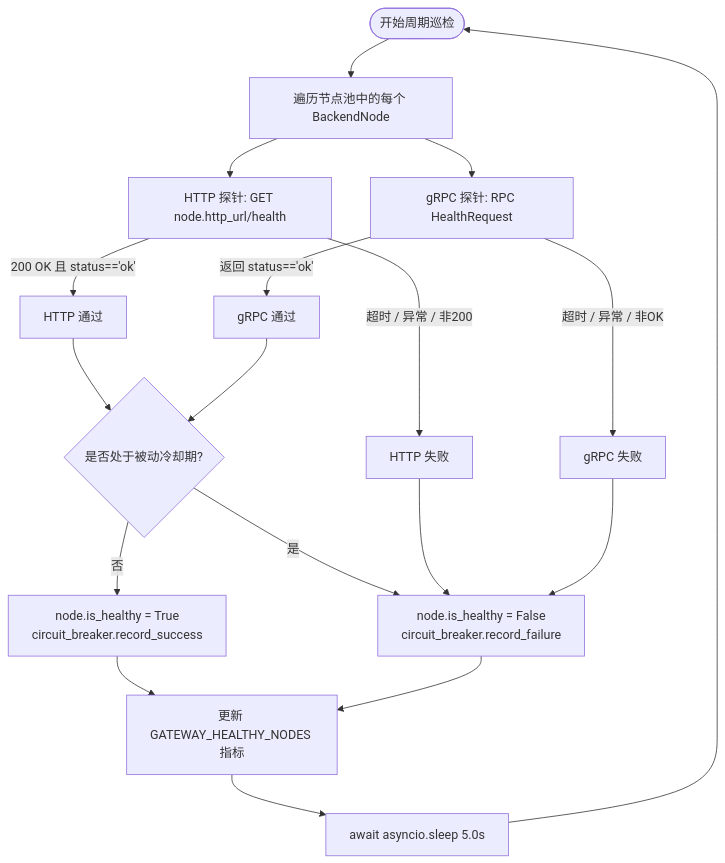
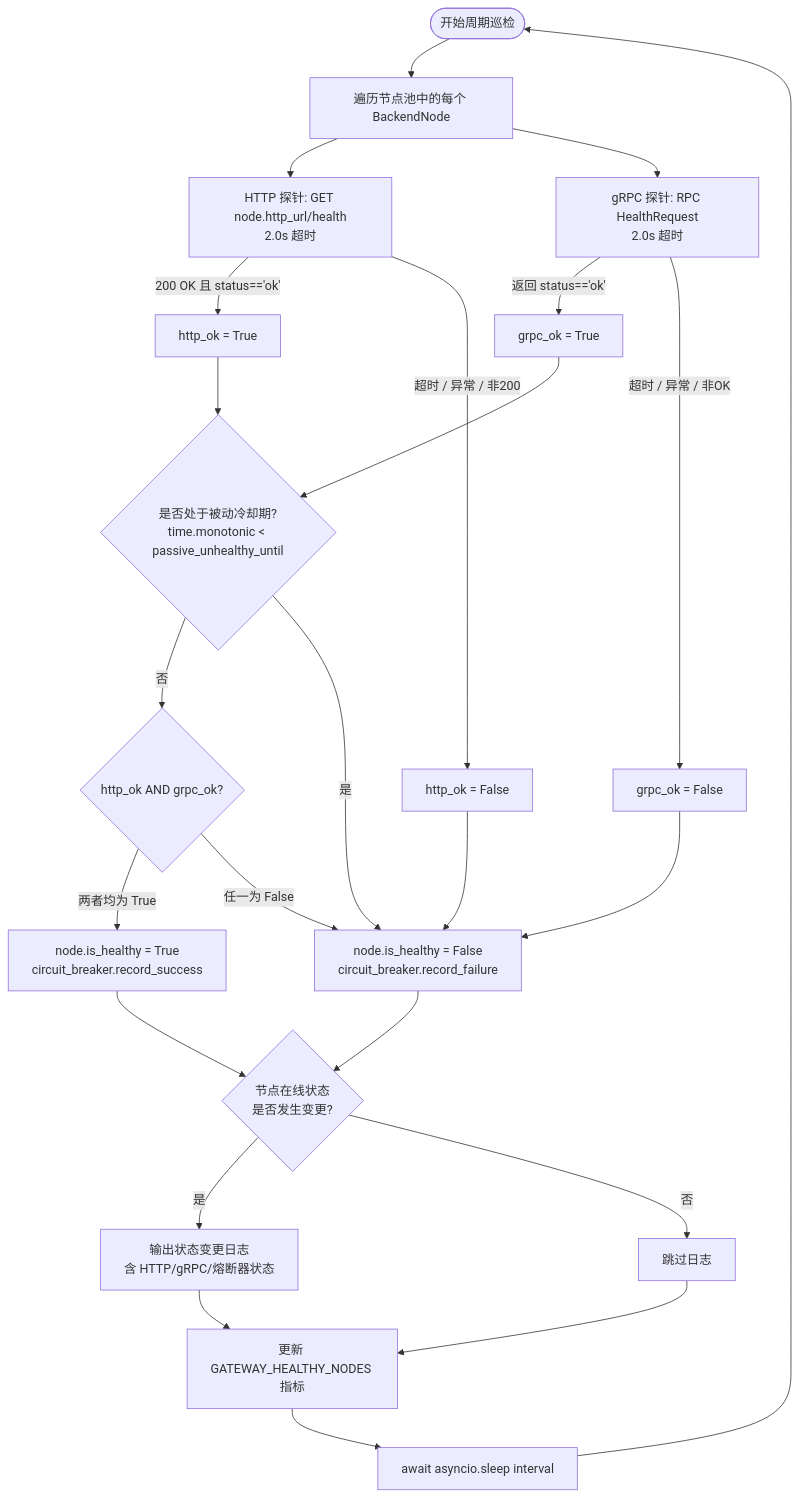
One commit to fengzhizi319/PrivShield changed the ninth of 18 diagrams in docs/gateway_balancer/design.md. Above: the diagram before and after it, drawn with Mermaid. The commit also changed other lines of this file, not shown here.

Commit message:
docs(gateway): 重构工业化评估报告与评分准则，增加24项细化评估指标佐证与技术雷达分析

````diff
--- a/docs/gateway_balancer/design.md
+++ b/docs/gateway_balancer/design.md
@@ -540,23 +602,29 @@
 ```mermaid
 flowchart TD
     Start([开始周期巡检]) --> NodeLoop[遍历节点池中的每个 BackendNode]
-    NodeLoop --> CheckHttp[HTTP 探针: GET node.http_url/health]
-    NodeLoop --> CheckGrpc[gRPC 探针: RPC HealthRequest]
+    NodeLoop --> CheckHttp[HTTP 探针: GET node.http_url/health<br/>2.0s 超时]
+    NodeLoop --> CheckGrpc[gRPC 探针: RPC HealthRequest<br/>2.0s 超时]
 
-    CheckHttp -->|200 OK 且 status=='ok'| HttpPass[HTTP 通过]
-    CheckHttp -->|超时 / 异常 / 非200| HttpFail[HTTP 失败]
+    CheckHttp -->|200 OK 且 status=='ok'| HttpPass[http_ok = True]
+    CheckHttp -->|超时 / 异常 / 非200| HttpFail[http_ok = False]
 
-    CheckGrpc -->|返回 status=='ok'| GrpcPass[gRPC 通过]
-    CheckGrpc -->|超时 / 异常 / 非OK| GrpcFail[gRPC 失败]
+    CheckGrpc -->|返回 status=='ok'| GrpcPass[grpc_ok = True]
+    CheckGrpc -->|超时 / 异常 / 非OK| GrpcFail[grpc_ok = False]
 
-    HttpPass & GrpcPass --> CheckPassive{是否处于被动冷却期?}
-    CheckPassive -->|否| MarkHealthy[node.is_healthy = True<br/>circuit_breaker.record_success]
+    HttpPass & GrpcPass --> CheckPassive{是否处于被动冷却期?<br/>time.monotonic < passive_unhealthy_until}
+    CheckPassive -->|否| CheckAllPass{http_ok AND grpc_ok?}
     CheckPassive -->|是| MarkUnhealthy[node.is_healthy = False<br/>circuit_breaker.record_failure]
+
+    CheckAllPass -->|两者均为 True| MarkHealthy[node.is_healthy = True<br/>circuit_breaker.record_success]
+    CheckAllPass -->|任一为 False| MarkUnhealthy
 
     HttpFail --> MarkUnhealthy
     GrpcFail --> MarkUnhealthy
 
-    MarkHealthy & MarkUnhealthy --> UpdateGauge[更新 GATEWAY_HEALTHY_NODES 指标]
-    UpdateGauge --> Sleep[await asyncio.sleep 5.0s]
+    MarkHealthy & MarkUnhealthy --> CheckStatusChange{节点在线状态<br/>是否发生变更?}
+    CheckStatusChange -->|是| LogChange[输出状态变更日志<br/>含 HTTP/gRPC/熔断器状态]
+    CheckStatusChange -->|否| SkipLog[跳过日志]
+    LogChange & SkipLog --> UpdateGauge[更新 GATEWAY_HEALTHY_NODES 指标]
+    UpdateGauge --> Sleep[await asyncio.sleep interval]
     Sleep --> Start
 ```
````
